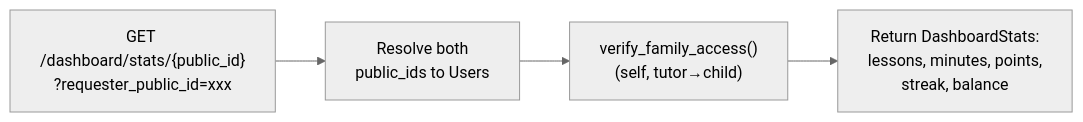
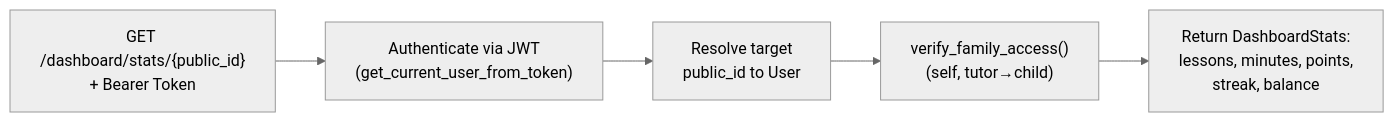
One commit to jesusvasquezjr3-littlefounders/LITTLEFOUNDERS-AI changed diagram 13 of 15 in backend/BACKEND_GUIDE.md. Above: the diagram before and after it, drawn with Mermaid (neutral theme). The commit also changed other lines of this file and 8 other files, not shown here.

````diff
--- a/backend/BACKEND_GUIDE.md
+++ b/backend/BACKEND_GUIDE.md
@@ -997,7 +995,8 @@
 ```mermaid
 graph LR
-    REQ["GET /dashboard/stats/{public_id}<br/>?requester_public_id=xxx"]
-    REQ --> RESOLVE["Resolve both<br/>public_ids to Users"]
+    REQ["GET /dashboard/stats/{public_id}<br/>+ Bearer Token"]
+    REQ --> AUTH["Authenticate via JWT<br/>(get_current_user_from_token)"]
+    AUTH --> RESOLVE["Resolve target<br/>public_id to User"]
     RESOLVE --> ACCESS["verify_family_access()<br/>(self, tutor→child)"]
     ACCESS --> DATA["Return DashboardStats:<br/>lessons, minutes, points,<br/>streak, balance"]
 ```
````
